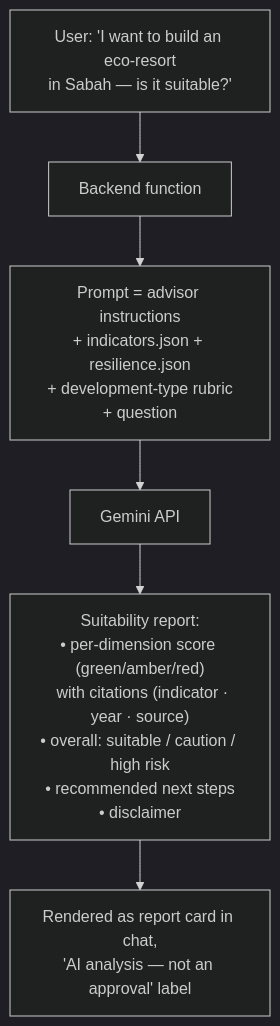
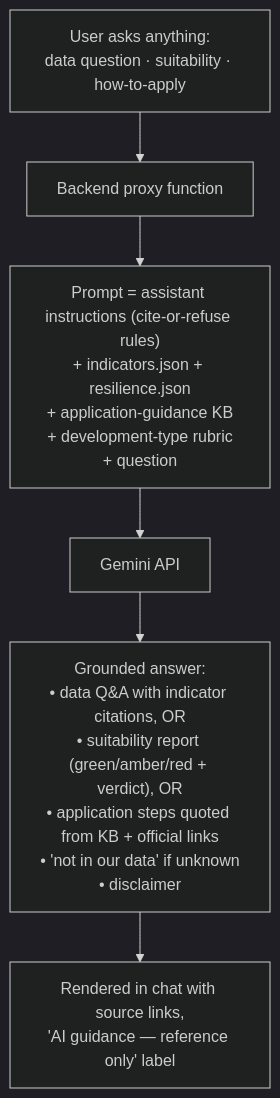
The second of 3 diagrams in docs/ADDITIONAL_REQUIREMENTS.md (angelyong/Borneo_Tracker), drawn with Mermaid (dark theme) before and after one commit. The commit also changed other lines of this file and 8 other files, not shown here.

````diff
--- a/docs/ADDITIONAL_REQUIREMENTS.md
+++ b/docs/ADDITIONAL_REQUIREMENTS.md
@@ -146,8 +162,8 @@
 ```mermaid
 flowchart TD
-    A["User: 'I want to build an eco-resort\nin Sabah — is it suitable?'"] --> B[Backend function]
-    B --> C["Prompt = advisor instructions\n+ indicators.json + resilience.json\n+ development-type rubric\n+ question"]
+    A["User asks anything:\ndata question · suitability · how-to-apply"] --> B[Backend proxy function]
+    B --> C["Prompt = assistant instructions (cite-or-refuse rules)\n+ indicators.json + resilience.json\n+ application-guidance KB\n+ development-type rubric\n+ question"]
     C --> D[Gemini API]
-    D --> E["Suitability report:\n• per-dimension score (green/amber/red)\n  with citations (indicator · year · source)\n• overall: suitable / caution / high risk\n• recommended next steps\n• disclaimer"]
-    E --> F["Rendered as report card in chat,\n'AI analysis — not an approval' label"]
+    D --> E["Grounded answer:\n• data Q&A with indicator citations, OR\n• suitability report (green/amber/red + verdict), OR\n• application steps quoted from KB + official links\n• 'not in our data' if unknown\n• disclaimer"]
+    E --> F["Rendered in chat with source links,\n'AI guidance — reference only' label"]
 ```
````
